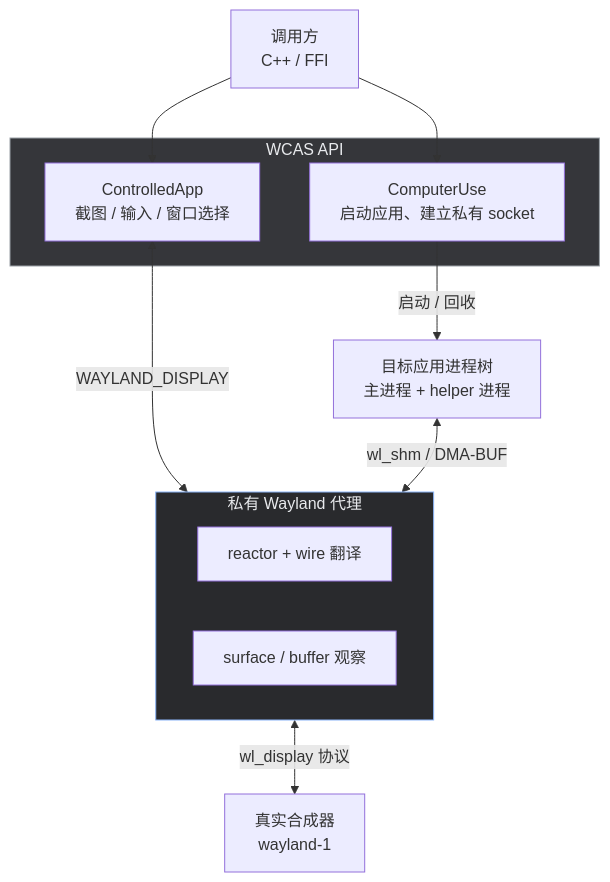
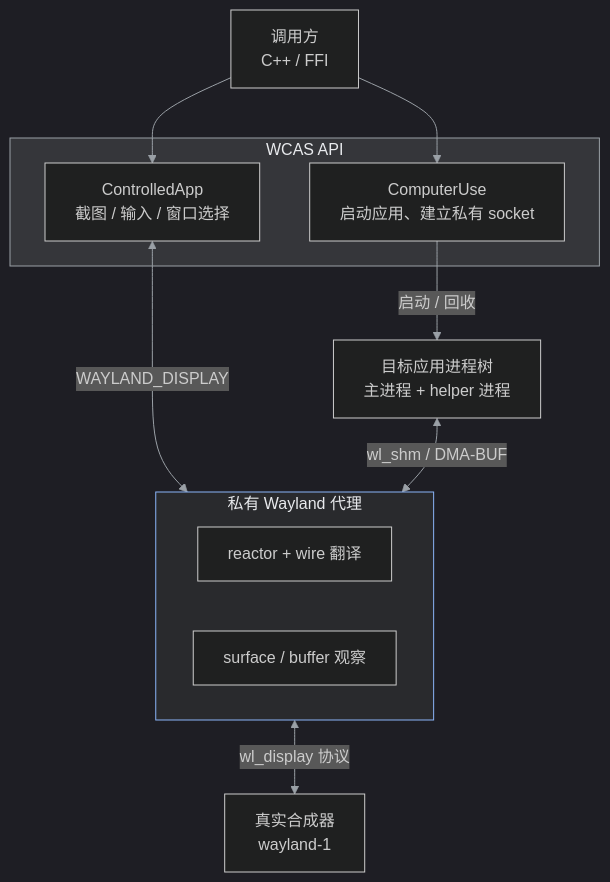
The diagram in README.md (Sukanle/WCAS), drawn with Mermaid before and after one commit. The commit also changed other lines of this file, not shown here.

````diff
--- a/README.md
+++ b/README.md
@@ -67,27 +128,28 @@
 ```mermaid
+%%{init: {"theme": "dark", "themeVariables": {"fontColor": "#E8EAED", "primaryTextColor": "#E8EAED", "lineColor": "#9AA0A6", "clusterBkg": "#202124", "clusterBorder": "#5F6368"}}}%%
 flowchart TB
     caller["调用方<br/>C++ / FFI"]
 
     subgraph api["WCAS API"]
         cu["ComputerUse<br/>启动应用、建立私有 socket"]
         ca["ControlledApp<br/>截图 / 输入 / 窗口选择"]
     end
 
     subgraph proxy["私有 Wayland 代理"]
         p1["reactor + wire 翻译"]
         p2["surface / buffer 观察"]
     end
 
     compositor["真实合成器<br/>wayland-1"]
     app["目标应用进程树<br/>主进程 + helper 进程"]
 
     caller --> cu
     caller --> ca
     cu -->|"启动 / 回收"| app
     ca <-->|"WAYLAND_DISPLAY"| proxy
     proxy <-->|"wl_display 协议"| compositor
     app <-->|"wl_shm / DMA-BUF"| proxy
 
     style proxy fill:#292A2D,stroke:#8AB4F8,color:#E8EAED
     style api fill:#35363A,stroke:#9AA0A6,color:#E8EAED
 ```
````
